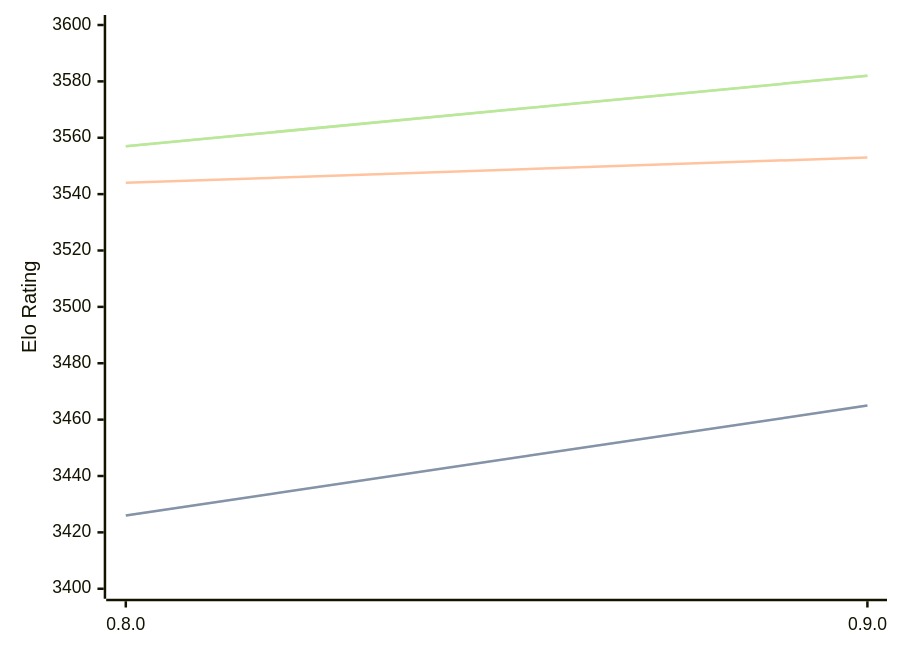
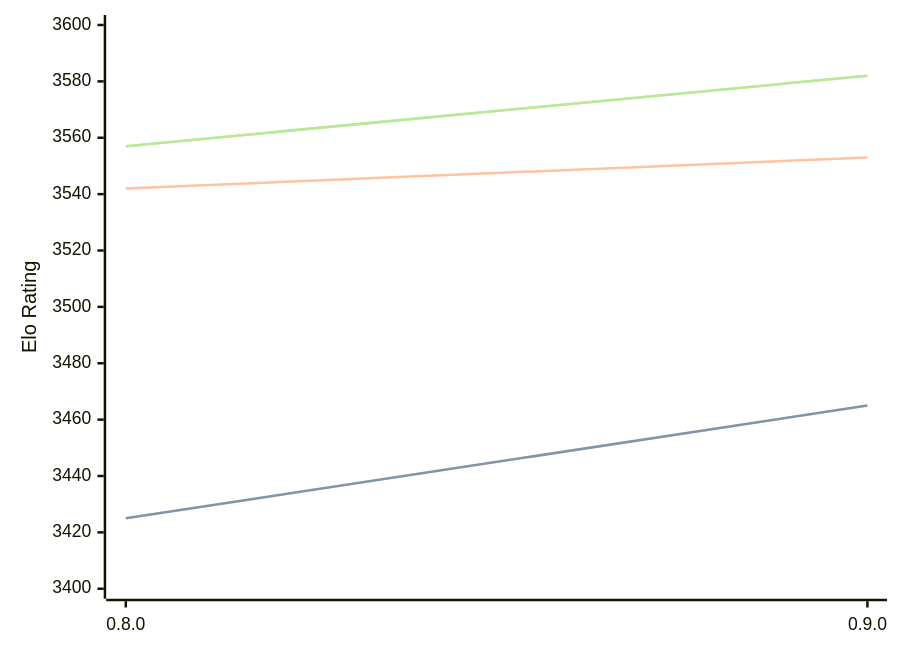
The third of 3 diagrams in engines/Reckless.md (computer-chess-index/cci), drawn with Mermaid before and after one commit. The commit also changed other lines of this file, not shown here.

````diff
--- a/engines/Reckless.md
+++ b/engines/Reckless.md
@@ -72,11 +72,11 @@
 ```mermaid
 %%{init: {"theme":"base","themeVariables":{"seriesColors:['#a3a3a3','#222221','#faa371']}}}%%
 xychart-beta
   x-axis ["0.8.0", "0.9.0"]
   y-axis "Elo Rating" 3400 --> 3600
-  line "STC (8.0+0.08s)" [3426, 3465]
-  line "STC (8.0+0.08s)" [3426, 3465]
-  line "LTC (60.0+0.60s)" [3544, 3553]
+  line "STC (8.0+0.08s)" [3425, 3465]
+  line "STC (8.0+0.08s)" [3425, 3465]
+  line "LTC (60.0+0.60s)" [3542, 3553]
   line "VLTC (2m24s+1.12s)" [3557, 3582]
   line "VLTC (2m24s+1.12s)" [3557, 3582]
 ```
````
